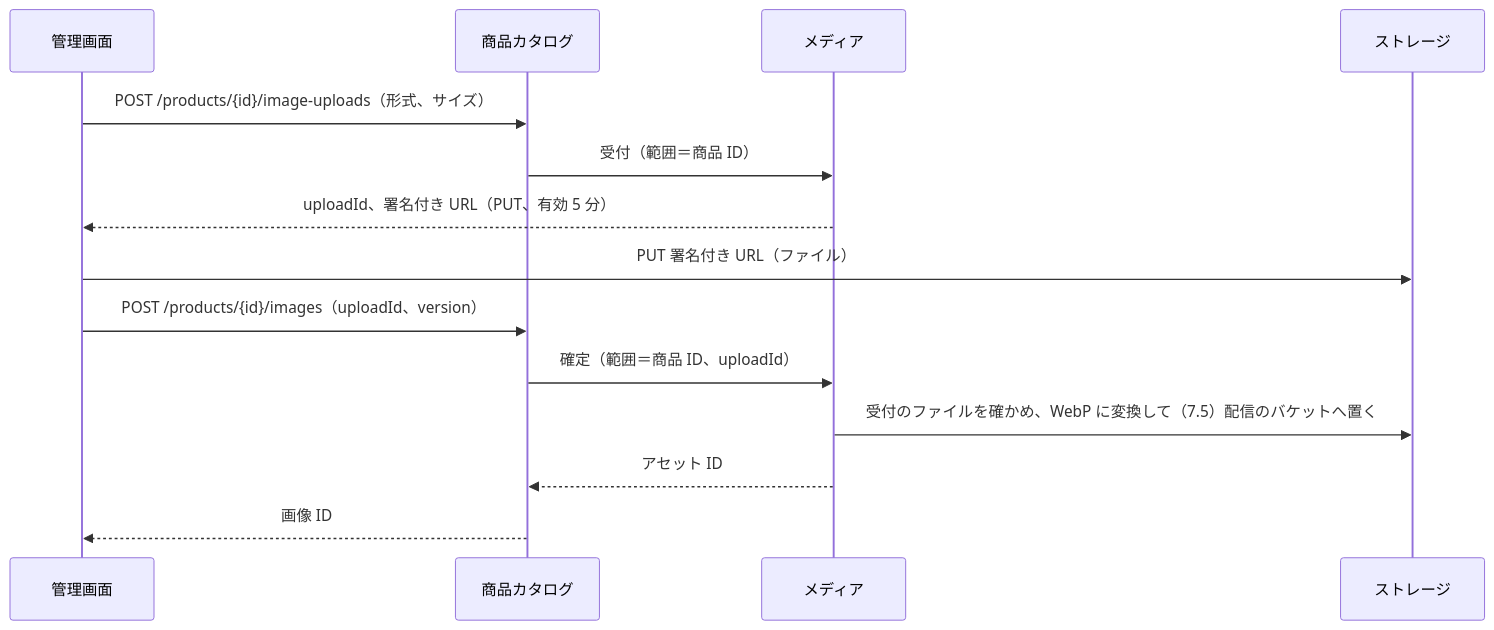
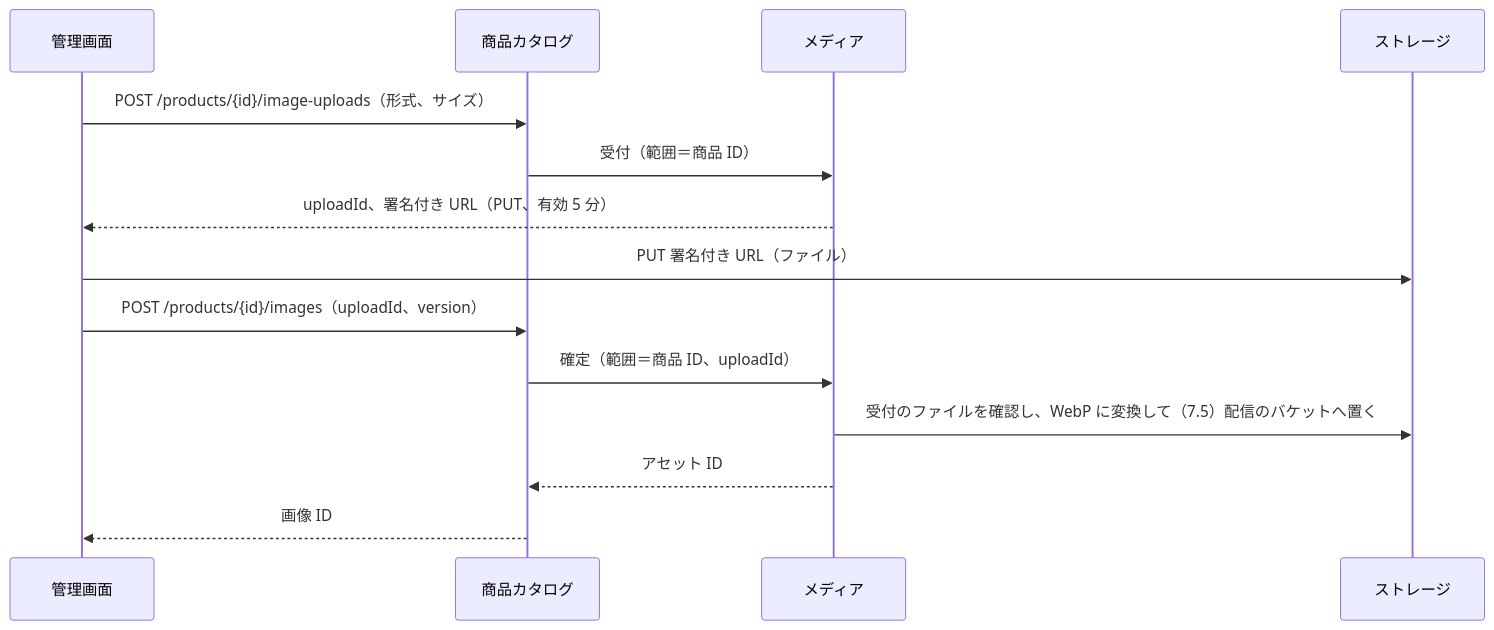
Before and after one commit to roger88106/ec-site: the second of 2 diagrams in docs/specs/001-catalog-and-inventory/plan.md, drawn with Mermaid. The commit also changed other lines of this file and 231 other files, not shown here.

````diff
--- a/docs/specs/001-catalog-and-inventory/plan.md
+++ b/docs/specs/001-catalog-and-inventory/plan.md
@@ -175,16 +175,16 @@
 ```mermaid
 sequenceDiagram
     participant A as 管理画面
     participant C as 商品カタログ
     participant M as メディア
     participant S as ストレージ
     A->>C: POST /products/{id}/image-uploads（形式、サイズ）
     C->>M: 受付（範囲＝商品 ID）
     M-->>A: uploadId、署名付き URL（PUT、有効 5 分）
     A->>S: PUT 署名付き URL（ファイル）
     A->>C: POST /products/{id}/images（uploadId、version）
     C->>M: 確定（範囲＝商品 ID、uploadId）
-    M->>S: 受付のファイルを確かめ、WebP に変換して（7.5）配信のバケットへ置く
+    M->>S: 受付のファイルを確認し、WebP に変換して（7.5）配信のバケットへ置く
     M-->>C: アセット ID
     C-->>A: 画像 ID
 ```
````
